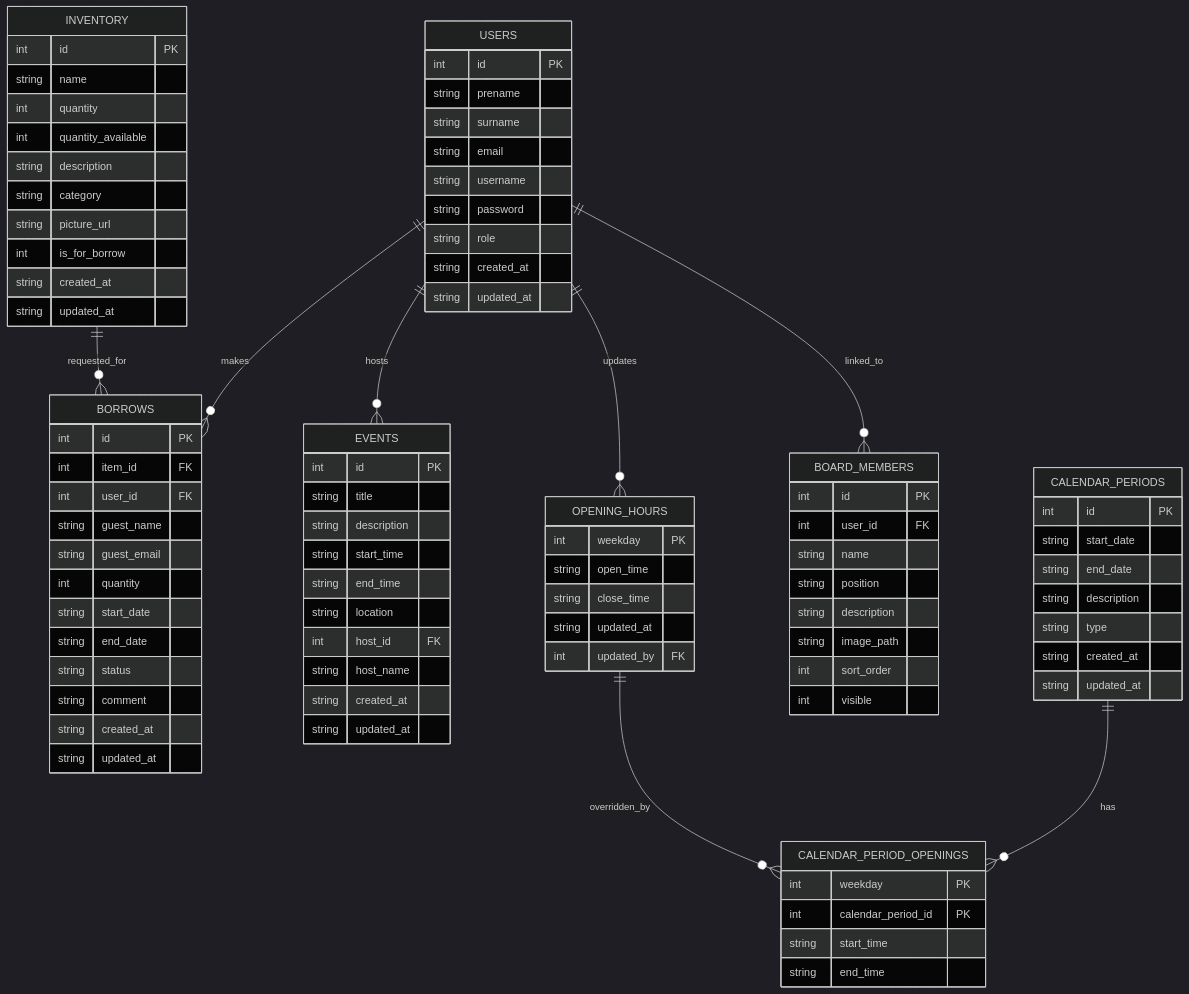
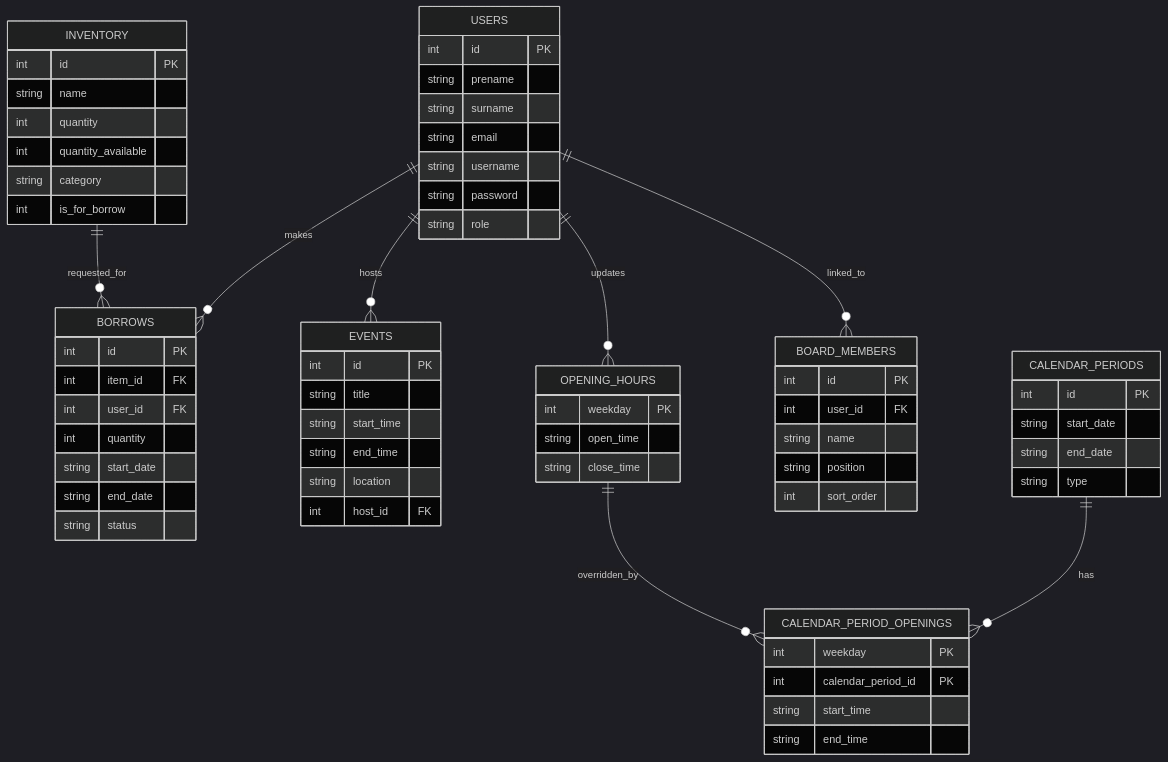
The diagram in README.md (ArtjoemUrban/cc_projekt), drawn with Mermaid (dark theme) before and after one commit. The commit also changed other lines of this file and 1 other file, not shown here.

````diff
--- a/README.md
+++ b/README.md
@@ -44,8 +87,6 @@
         string username
         string password
         string role
-        string created_at
-        string updated_at
     }
 
     INVENTORY {
@@ -53,58 +94,40 @@
         string name
         int quantity
         int quantity_available
-        string description
         string category
-        string picture_url
         int is_for_borrow
-        string created_at
-        string updated_at
     }
 
     BORROWS {
         int id PK
         int item_id FK
         int user_id FK
-        string guest_name
-        string guest_email
         int quantity
         string start_date
         string end_date
         string status
-        string comment
-        string created_at
-        string updated_at
     }
 
     EVENTS {
         int id PK
         string title
-        string description
         string start_time
         string end_time
         string location
         int host_id FK
-        string host_name
-        string created_at
-        string updated_at
     }
 
     OPENING_HOURS {
         int weekday PK
         string open_time
         string close_time
-        string updated_at
-        int updated_by FK
     }
 
     CALENDAR_PERIODS {
         int id PK
         string start_date
         string end_date
-        string description
         string type
-        string created_at
-        string updated_at
     }
 
     CALENDAR_PERIOD_OPENINGS {
@@ -119,9 +142,6 @@
         int user_id FK
         string name
         string position
-        string description
-        string image_path
         int sort_order
-        int visible
     }
 ```
````
